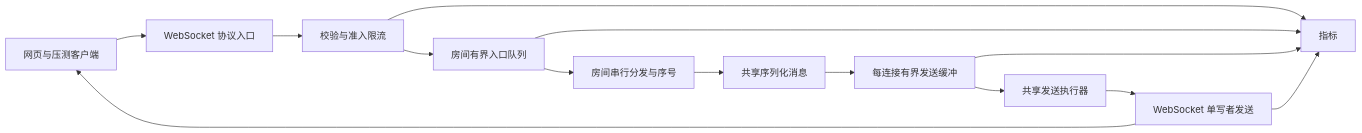
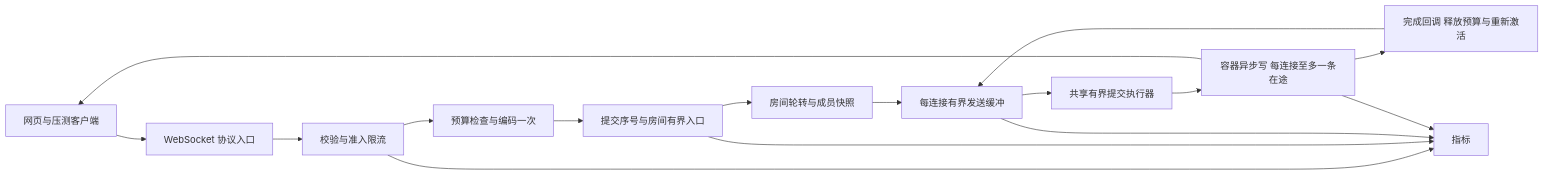
One commit to Choco-emmm/DanmakuLab changed the diagram in docs/ARCHITECTURE.md. Above: the diagram before and after it, drawn with Mermaid. The commit also changed other lines of this file and 15 other files, not shown here.

````diff
--- a/docs/ARCHITECTURE.md
+++ b/docs/ARCHITECTURE.md
@@ -18,16 +18,18 @@
 ```mermaid
 flowchart LR
     C[网页与压测客户端] --> W[WebSocket 协议入口]
     W --> V[校验与准入限流]
-    V --> Q[房间有界入口队列]
-    Q --> R[房间串行分发与序号]
-    R --> S[共享序列化消息]
-    S --> B[每连接有界发送缓冲]
-    B --> D[共享发送执行器]
-    D --> O[WebSocket 单写者发送]
+    V --> S[预算检查与编码一次]
+    S --> Q[提交序号与房间有界入口]
+    Q --> R[房间轮转与成员快照]
+    R --> B[每连接有界发送缓冲]
+    B --> D[共享有界提交执行器]
+    D --> O[容器异步写 每连接至多一条在途]
     O --> C
+    O --> F[完成回调 释放预算与重新激活]
+    F --> B
     V --> M[指标]
     Q --> M
     B --> M
     O --> M
 ```
````
